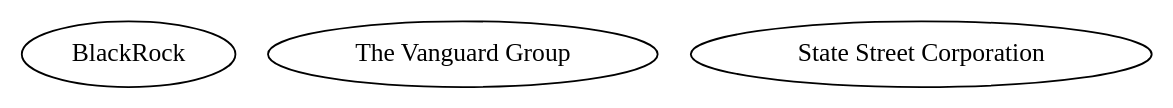
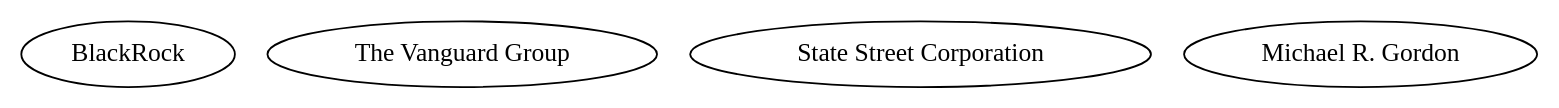
The diagram in interchullos/usa.gv (tnotstar/tnotdata), drawn with Graphviz before and after one commit.

Commit message:
added some journalists to `usa` file

```diff
--- a/interchullos/usa.gv
+++ b/interchullos/usa.gv
@@ -1,19 +1,27 @@
 graph usa {
     subgraph companies {
         b1 [
             label="BlackRock",
             full="BlackRock",
             link="https://es.wikipedia.org/wiki/BlackRock",
         ];
         tvg1 [
             label="The Vanguard Group",
             full="Vanguard",
             link="https://en.wikipedia.org/wiki/The_Vanguard_Group",
         ];
         ssc1 [
             label="State Street Corporation",
             full="State Street",
             link="https://en.wikipedia.org/wiki/State_Street_Corporation",
         ];
     };
+
+    subgraph jounalists {
+        mrg1 [
+            label="Michael R. Gordon",
+            full="Michael R. Gordon",
+            link="https://en.wikipedia.org/wiki/Michael_R._Gordon",
+        ];
+    };
 }
```
